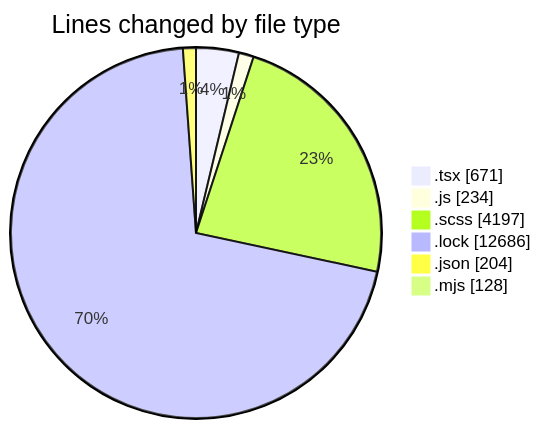
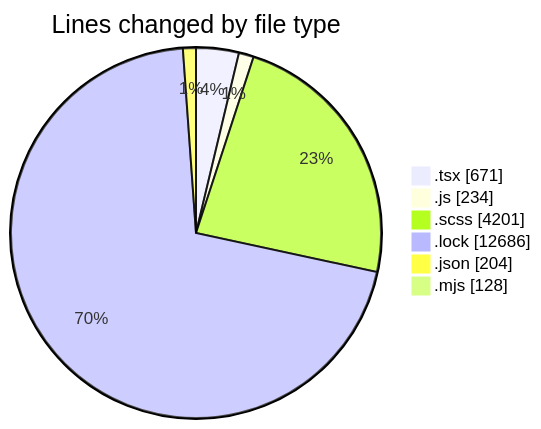
One commit to momahboobian/code-tracking changed the first of 2 diagrams in 2026-01-22/cda-web-components/README.md. Above: the diagram before and after it, drawn with Mermaid. The commit also changed other lines of this file and 1 other file, not shown here.

````diff
--- a/2026-01-22/cda-web-components/README.md
+++ b/2026-01-22/cda-web-components/README.md
@@ -59,10 +59,10 @@
 ```mermaid
 pie showData
 title Lines changed by file type
 ".tsx" : 671
 ".js" : 234
-".scss" : 4197
+".scss" : 4201
 ".lock" : 12686
 ".json" : 204
 ".mjs" : 128
 ```
````
